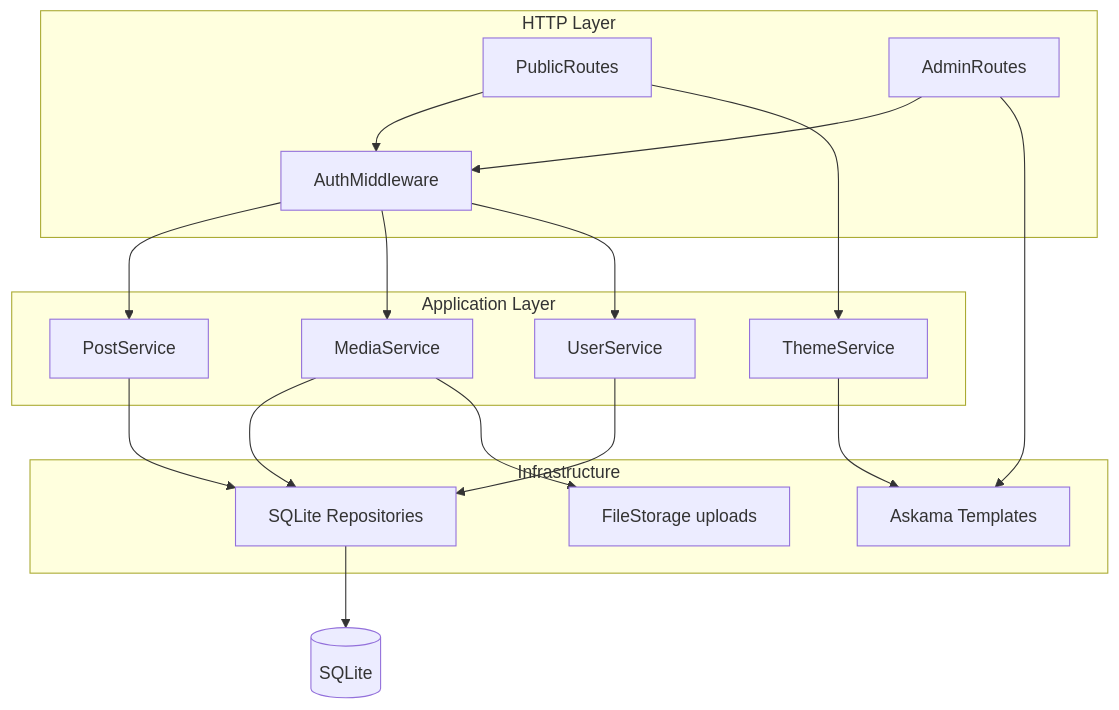
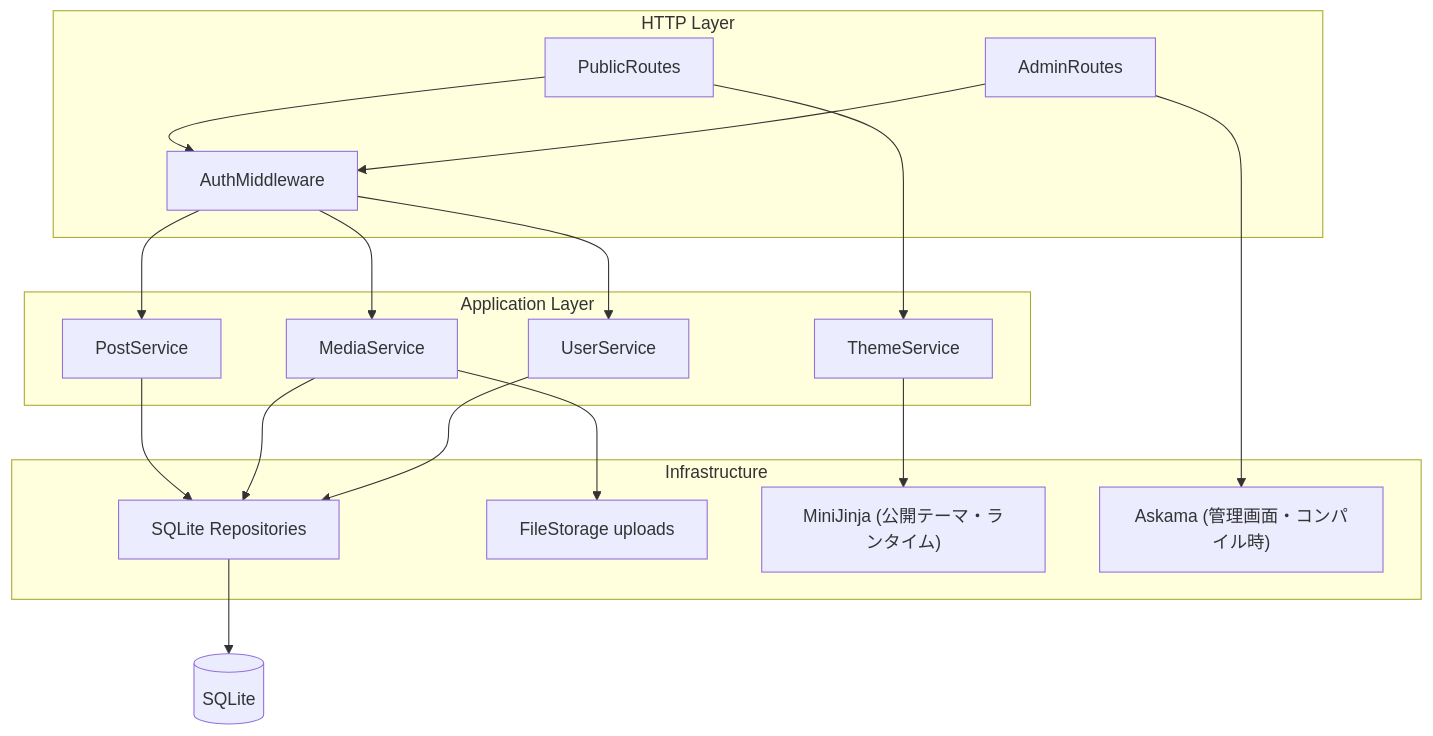
Before and after one commit to hypernumbernet/rust-sqlite-cms: the first of 3 diagrams in doc/PLAN.md, drawn with Mermaid. The commit also changed other lines of this file and 10 other files, not shown here.

Commit message:
Integrate MiniJinja for runtime template rendering

````diff
--- a/doc/PLAN.md
+++ b/doc/PLAN.md
@@ -35,32 +35,33 @@
 ```mermaid
 flowchart TB
   subgraph http [HTTP Layer]
     PublicRoutes[PublicRoutes]
     AdminRoutes[AdminRoutes]
     AuthMiddleware[AuthMiddleware]
   end
   subgraph app [Application Layer]
     PostService[PostService]
     MediaService[MediaService]
     UserService[UserService]
     ThemeService[ThemeService]
   end
   subgraph infra [Infrastructure]
     Repos[SQLite Repositories]
     FS[FileStorage uploads]
-    Askama[Askama Templates]
+    MiniJinja["MiniJinja (公開テーマ・ランタイム)"]
+    Askama["Askama (管理画面・コンパイル時)"]
   end
   PublicRoutes --> AuthMiddleware
   AdminRoutes --> AuthMiddleware
   AuthMiddleware --> PostService
   AuthMiddleware --> MediaService
   AuthMiddleware --> UserService
   PostService --> Repos
   MediaService --> Repos
   MediaService --> FS
   UserService --> Repos
   PublicRoutes --> ThemeService
   AdminRoutes --> Askama
-  ThemeService --> Askama
+  ThemeService --> MiniJinja
   Repos --> SQLite[(SQLite)]
 ```
````
